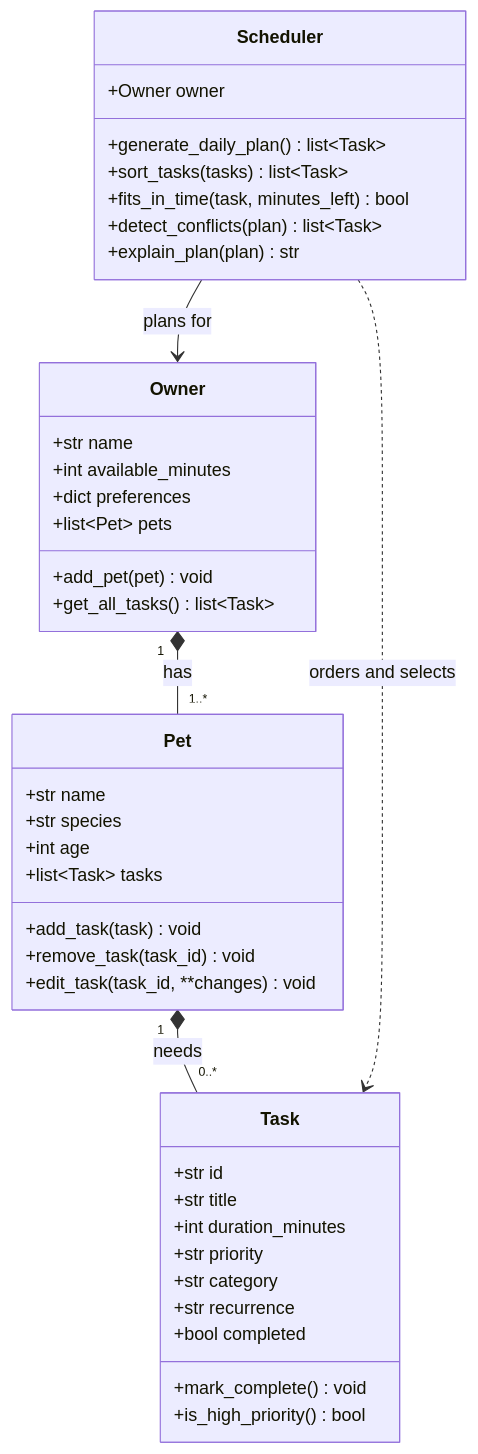
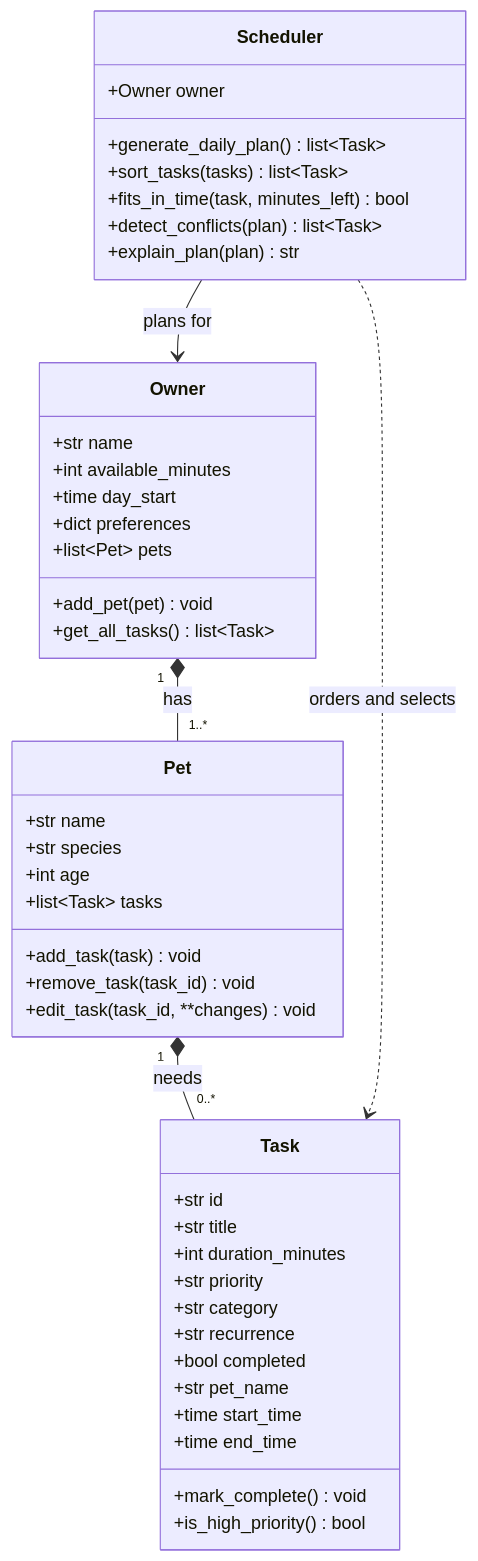
Before and after one commit to toemaas/ai110-module2show-pawpal-starter: the diagram in diagrams/uml.mmd, drawn with Mermaid. The commit also changed 6 other files, not shown here.

```diff
--- a/diagrams/uml.mmd
+++ b/diagrams/uml.mmd
@@ -1,45 +1,48 @@
 classDiagram
     class Owner {
         +str name
         +int available_minutes
+        +time day_start
         +dict preferences
         +list~Pet~ pets
         +add_pet(pet) void
         +get_all_tasks() list~Task~
     }
 
     class Pet {
         +str name
         +str species
         +int age
         +list~Task~ tasks
         +add_task(task) void
         +remove_task(task_id) void
         +edit_task(task_id, **changes) void
     }
 
     class Task {
         +str id
         +str title
         +int duration_minutes
         +str priority
         +str category
         +str recurrence
         +bool completed
+        +str pet_name
+        +time start_time
+        +time end_time
         +mark_complete() void
         +is_high_priority() bool
     }
 
     class Scheduler {
         +Owner owner
         +generate_daily_plan() list~Task~
         +sort_tasks(tasks) list~Task~
         +fits_in_time(task, minutes_left) bool
         +detect_conflicts(plan) list~Task~
         +explain_plan(plan) str
     }
-
     Owner "1" *-- "1..*" Pet : has
     Pet "1" *-- "0..*" Task : needs
     Scheduler --> Owner : plans for
     Scheduler ..> Task : orders and selects
```
